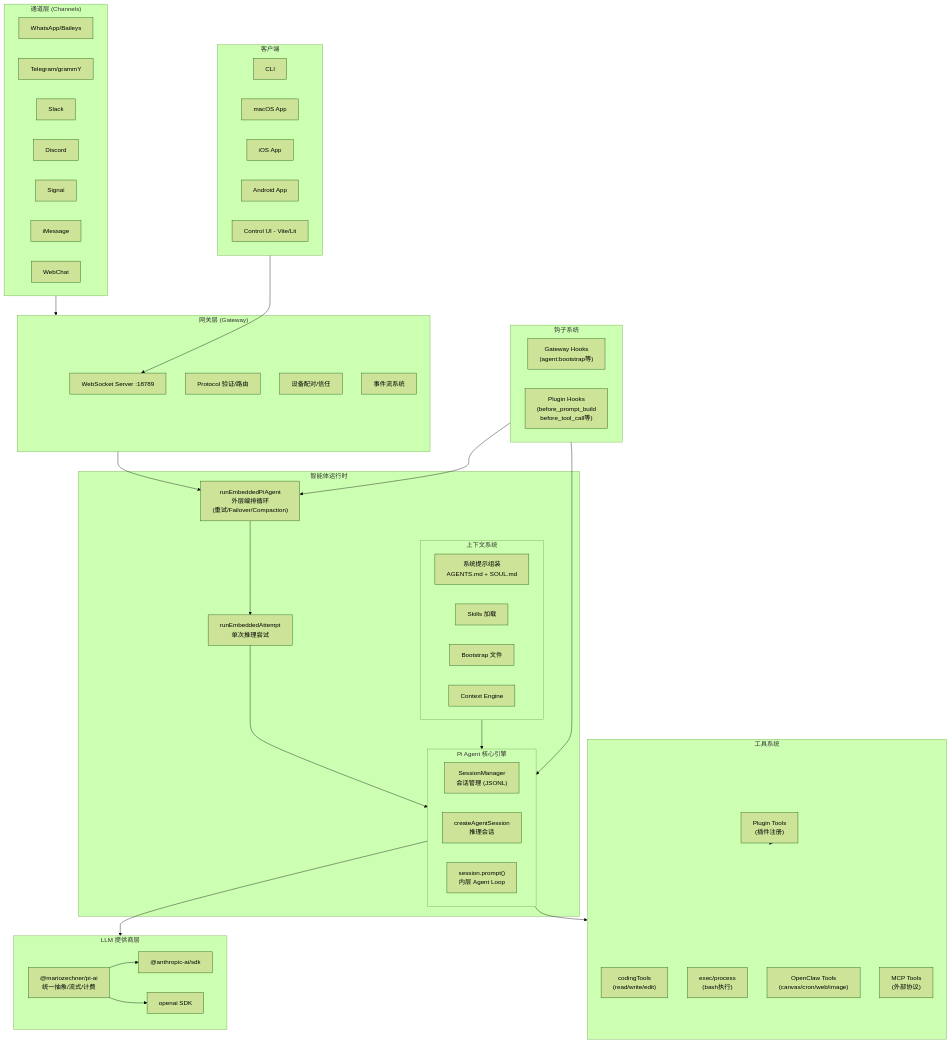
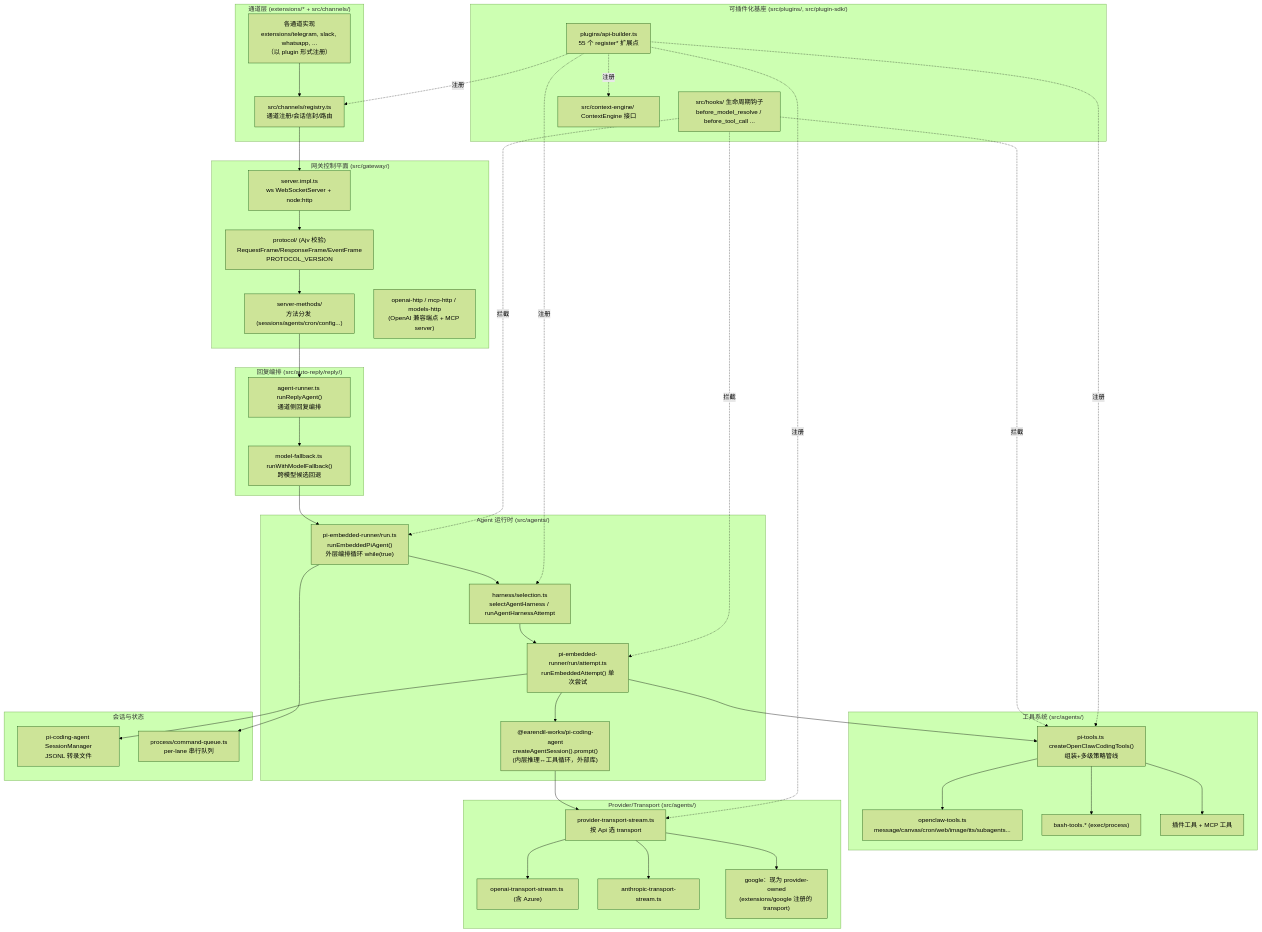
Before and after one commit to Tandem-Agents/zhixing: the first of 2 diagrams in research/source-analysis/openclaw/architecture-overview.md, drawn with Mermaid (forest theme). The commit also changed other lines of this file and 7 other files, not shown here.

First line of the commit message:
docs(research/source-analysis): add skill system deep-read and re-verify architecture overviews

````diff
--- a/research/source-analysis/openclaw/architecture-overview.md
+++ b/research/source-analysis/openclaw/architecture-overview.md
@@ -11,78 +15,64 @@
 ```mermaid
 graph TB
-    subgraph Channels["通道层 (Channels)"]
-        WA[WhatsApp/Baileys]
-        TG[Telegram/grammY]
-        SL[Slack]
-        DC[Discord]
-        SG[Signal]
-        iM[iMessage]
-        WC[WebChat]
+    subgraph Channels["通道层 (extensions/* + src/channels/)"]
+        CHIMPL["各通道实现<br/>extensions/telegram, slack, whatsapp, ...<br/>（以 plugin 形式注册）"]
+        CHCORE["src/channels/registry.ts<br/>通道注册/会话信封/路由"]
     end
 
-    subgraph Gateway["网关层 (Gateway)"]
-        WS[WebSocket Server :18789]
-        Proto[Protocol 验证/路由]
-        Pairing[设备配对/信任]
-        Events[事件流系统]
+    subgraph Gateway["网关控制平面 (src/gateway/)"]
+        WS["server.impl.ts<br/>ws WebSocketServer + node:http"]
+        PROTO["protocol/ (Ajv 校验)<br/>RequestFrame/ResponseFrame/EventFrame<br/>PROTOCOL_VERSION"]
+        METHODS["server-methods/<br/>方法分发 (sessions/agents/cron/config...)"]
+        HTTP["openai-http / mcp-http / models-http<br/>(OpenAI 兼容端点 + MCP server)"]
     end
 
-    subgraph Clients["客户端"]
-        CLI[CLI]
-        macOS[macOS App]
-        iOS[iOS App]
-        Android[Android App]
-        WebUI[Control UI - Vite/Lit]
+    subgraph Reply["回复编排 (src/auto-reply/reply/)"]
+        AR["agent-runner.ts runReplyAgent()<br/>通道侧回复编排"]
+        MF["model-fallback.ts runWithModelFallback()<br/>跨模型候选回退"]
     end
 
-    subgraph Agent["智能体运行时"]
-        Runner["runEmbeddedPiAgent<br/>外层编排循环<br/>(重试/Failover/Compaction)"]
-        Attempt["runEmbeddedAttempt<br/>单次推理尝试"]
-        
-        subgraph PiCore["Pi Agent 核心引擎"]
-            Session["SessionManager<br/>会话管理 (JSONL)"]
-            AgentSession["createAgentSession<br/>推理会话"]
-            Prompt["session.prompt()<br/>内层 Agent Loop"]
-        end
-        
-        subgraph Context["上下文系统"]
-            SysPrompt["系统提示组装<br/>AGENTS.md + SOUL.md"]
-            Skills["Skills 加载"]
-            Bootstrap["Bootstrap 文件"]
-            CE["Context Engine"]
-        end
+    subgraph AgentRT["Agent 运行时 (src/agents/)"]
+        OUTER["pi-embedded-runner/run.ts<br/>runEmbeddedPiAgent()<br/>外层编排循环 while(true)"]
+        SEL["harness/selection.ts<br/>selectAgentHarness / runAgentHarnessAttempt"]
+        ATT["pi-embedded-runner/run/attempt.ts<br/>runEmbeddedAttempt() 单次尝试"]
+        PILOOP["@earendil-works/pi-coding-agent<br/>createAgentSession().prompt()<br/>(内层推理↔工具循环，外部库)"]
     end
 
-    subgraph Tools["工具系统"]
-        Coding["codingTools<br/>(read/write/edit)"]
-        Bash["exec/process<br/>(bash执行)"]
-        OC["OpenClaw Tools<br/>(canvas/cron/web/image)"]
-        Plugin["Plugin Tools<br/>(插件注册)"]
-        MCP["MCP Tools<br/>(外部协议)"]
+    subgraph Tools["工具系统 (src/agents/)"]
+        PT["pi-tools.ts createOpenClawCodingTools()<br/>组装+多级策略管线"]
+        OCT["openclaw-tools.ts<br/>message/canvas/cron/web/image/tts/subagents..."]
+        BASH["bash-tools.* (exec/process)"]
+        PLG["插件工具 + MCP 工具"]
     end
 
-    subgraph LLM["LLM 提供商层"]
-        AnthropicSDK["@anthropic-ai/sdk"]
-        OpenAISDK["openai SDK"]
-        PiAI["@mariozechner/pi-ai<br/>统一抽象/流式/计费"]
+    subgraph Providers["Provider/Transport (src/agents/)"]
+        PTS["provider-transport-stream.ts<br/>按 Api 选 transport"]
+        OAI["openai-transport-stream.ts (含 Azure)"]
+        ANT["anthropic-transport-stream.ts"]
+        GOOG["google：现为 provider-owned<br/>(extensions/google 注册的 transport)"]
     end
 
-    subgraph Hooks["钩子系统"]
-        GWHooks["Gateway Hooks<br/>(agent:bootstrap等)"]
-        PluginHooks["Plugin Hooks<br/>(before_prompt_build<br/>before_tool_call等)"]
+    subgraph Ext["可插件化基座 (src/plugins/, src/plugin-sdk/)"]
+        API["plugins/api-builder.ts<br/>55 个 register* 扩展点"]
+        HOOKS["src/hooks/ 生命周期钩子<br/>before_model_resolve / before_tool_call ..."]
+        CE["src/context-engine/ ContextEngine 接口"]
     end
 
-    Channels --> Gateway
-    Clients --> WS
-    Gateway --> Runner
-    Runner --> Attempt
-    Attempt --> PiCore
-    PiCore --> Tools
-    PiCore --> LLM
-    Context --> PiCore
-    Hooks --> Runner
-    Hooks --> PiCore
-    Plugin --> Tools
-    PiAI --> AnthropicSDK
-    PiAI --> OpenAISDK
+    subgraph Persist["会话与状态"]
+        SM["pi-coding-agent SessionManager<br/>JSONL 转录文件"]
+        LANE["process/command-queue.ts<br/>per-lane 串行队列"]
+    end
+
+    CHIMPL --> CHCORE --> WS
+    WS --> PROTO --> METHODS
+    METHODS --> AR
+    AR --> MF --> OUTER
+    OUTER --> SEL --> ATT --> PILOOP
+    ATT --> PT
+    PT --> OCT & BASH & PLG
+    PILOOP --> PTS --> OAI & ANT & GOOG
+    HOOKS -.拦截.-> OUTER & ATT & PT
+    API -.注册.-> CHCORE & PT & PTS & SEL & CE
+    OUTER --> LANE
+    ATT --> SM
 ```
````
